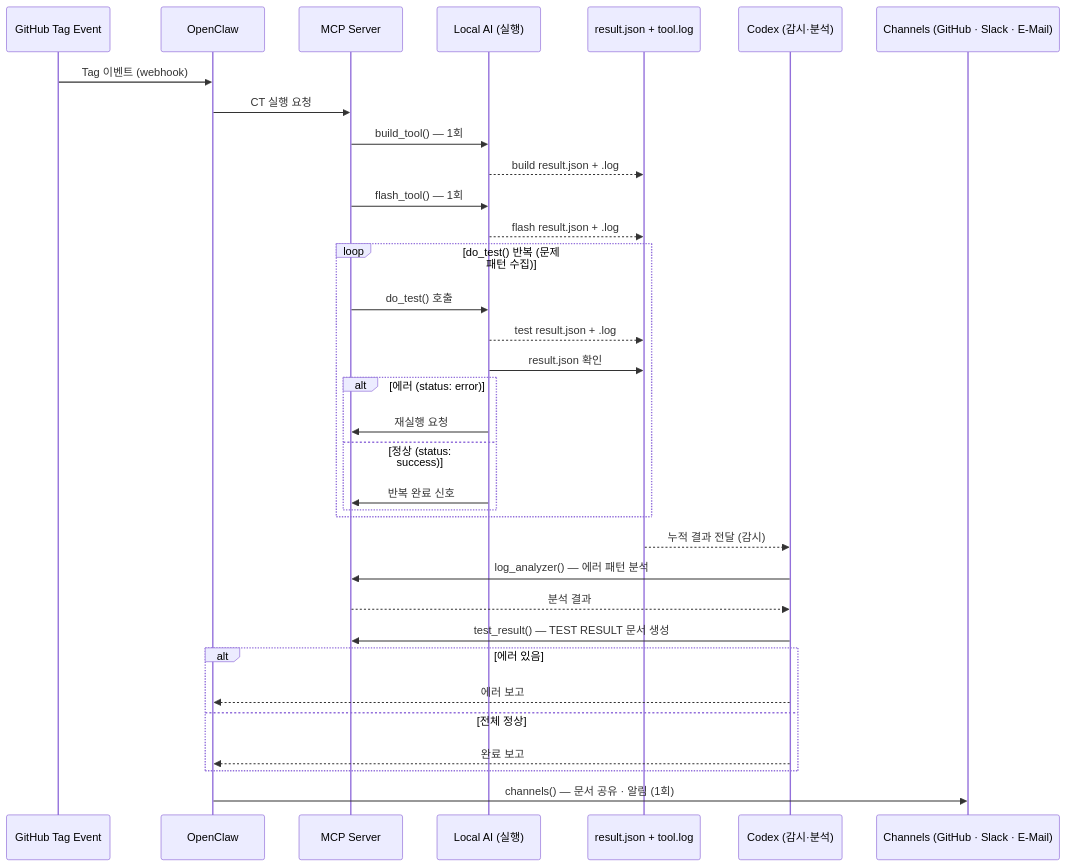
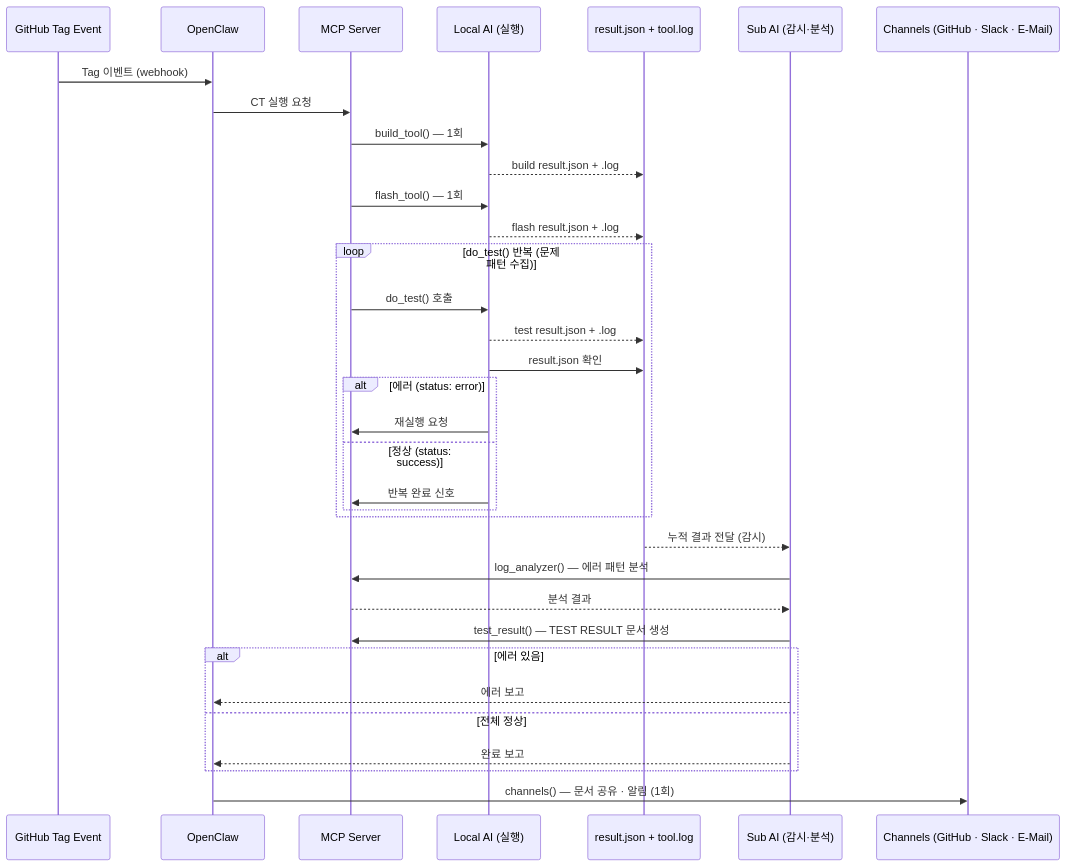
Before and after one commit to JeonghunLee/local-ai-agent-mcp: the first of 2 diagrams in docs/mcp/mcp_server.md, drawn with Mermaid. The commit also changed other lines of this file, not shown here.

````diff
--- a/docs/mcp/mcp_server.md
+++ b/docs/mcp/mcp_server.md
@@ -57,37 +57,37 @@
 ```mermaid
 sequenceDiagram
     participant GH as GitHub Tag Event
     participant OC as OpenClaw
     participant M as MCP Server
     participant OL as Local AI (실행)
     participant J as result.json + tool.log
-    participant CX as Codex (감시·분석)
+    participant CX as Sub AI (감시·분석)
     participant CH as Channels (GitHub · Slack · E-Mail)
 
     GH->>OC: Tag 이벤트 (webhook)
     OC->>M: CT 실행 요청
     M->>OL: build_tool() — 1회
     OL-->>J: build result.json + .log
     M->>OL: flash_tool() — 1회
     OL-->>J: flash result.json + .log
     loop do_test() 반복 (문제 패턴 수집)
         M->>OL: do_test() 호출
         OL-->>J: test result.json + .log
         OL->>J: result.json 확인
         alt 에러 (status: error)
             OL->>M: 재실행 요청
         else 정상 (status: success)
             OL->>M: 반복 완료 신호
         end
     end
     J-->>CX: 누적 결과 전달 (감시)
     CX->>M: log_analyzer() — 에러 패턴 분석
     M-->>CX: 분석 결과
     CX->>M: test_result() — TEST RESULT 문서 생성
     alt 에러 있음
         CX-->>OC: 에러 보고
     else 전체 정상
         CX-->>OC: 완료 보고
     end
     OC->>CH: channels() — 문서 공유 · 알림 (1회)
 ```
````
